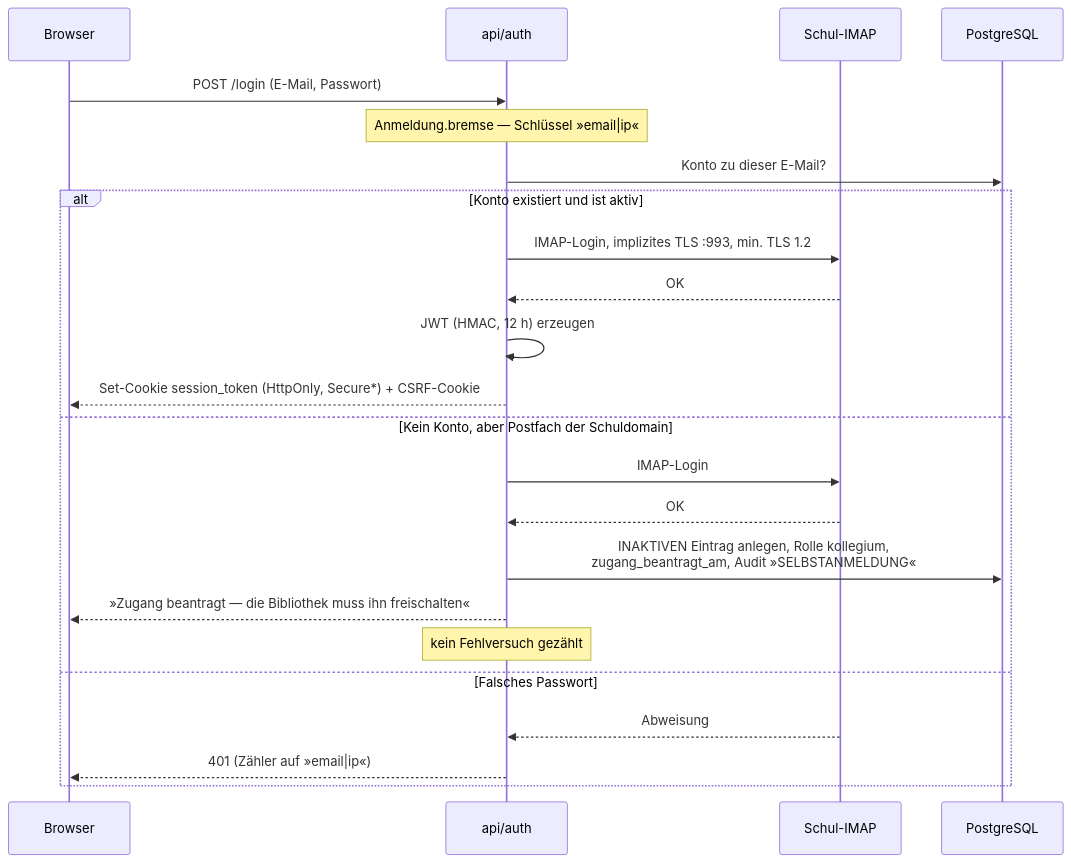
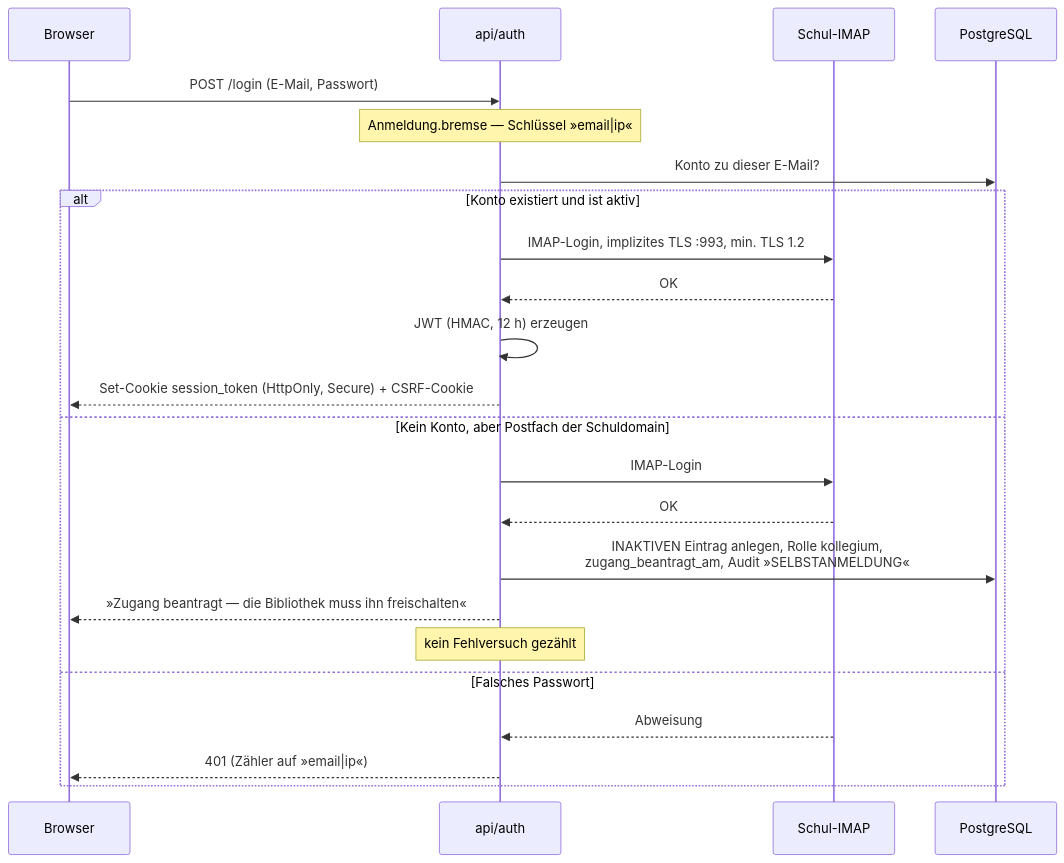
Before and after one commit to uuuxy/bibliothek: the second of 5 diagrams in docs/ARCHITEKTUR.md, drawn with Mermaid. The commit also changed other lines of this file and 39 other files, not shown here.

````diff
--- a/docs/ARCHITEKTUR.md
+++ b/docs/ARCHITEKTUR.md
@@ -1102,26 +1102,26 @@
 ```mermaid
 sequenceDiagram
     participant B as Browser
     participant A as api/auth
     participant I as Schul-IMAP
     participant DB as PostgreSQL
 
     B->>A: POST /login (E-Mail, Passwort)
     Note over A: Anmeldung.bremse — Schlüssel »email|ip«
     A->>DB: Konto zu dieser E-Mail?
     alt Konto existiert und ist aktiv
         A->>I: IMAP-Login, implizites TLS :993, min. TLS 1.2
         I-->>A: OK
         A->>A: JWT (HMAC, 12 h) erzeugen
-        A-->>B: Set-Cookie session_token (HttpOnly, Secure*) + CSRF-Cookie
+        A-->>B: Set-Cookie session_token (HttpOnly, Secure) + CSRF-Cookie
     else Kein Konto, aber Postfach der Schuldomain
         A->>I: IMAP-Login
         I-->>A: OK
         A->>DB: INAKTIVEN Eintrag anlegen, Rolle kollegium,<br/>zugang_beantragt_am, Audit »SELBSTANMELDUNG«
         A-->>B: »Zugang beantragt — die Bibliothek muss ihn freischalten«
         Note over A: kein Fehlversuch gezählt
     else Falsches Passwort
         I-->>A: Abweisung
         A-->>B: 401 (Zähler auf »email|ip«)
     end
 ```
````
